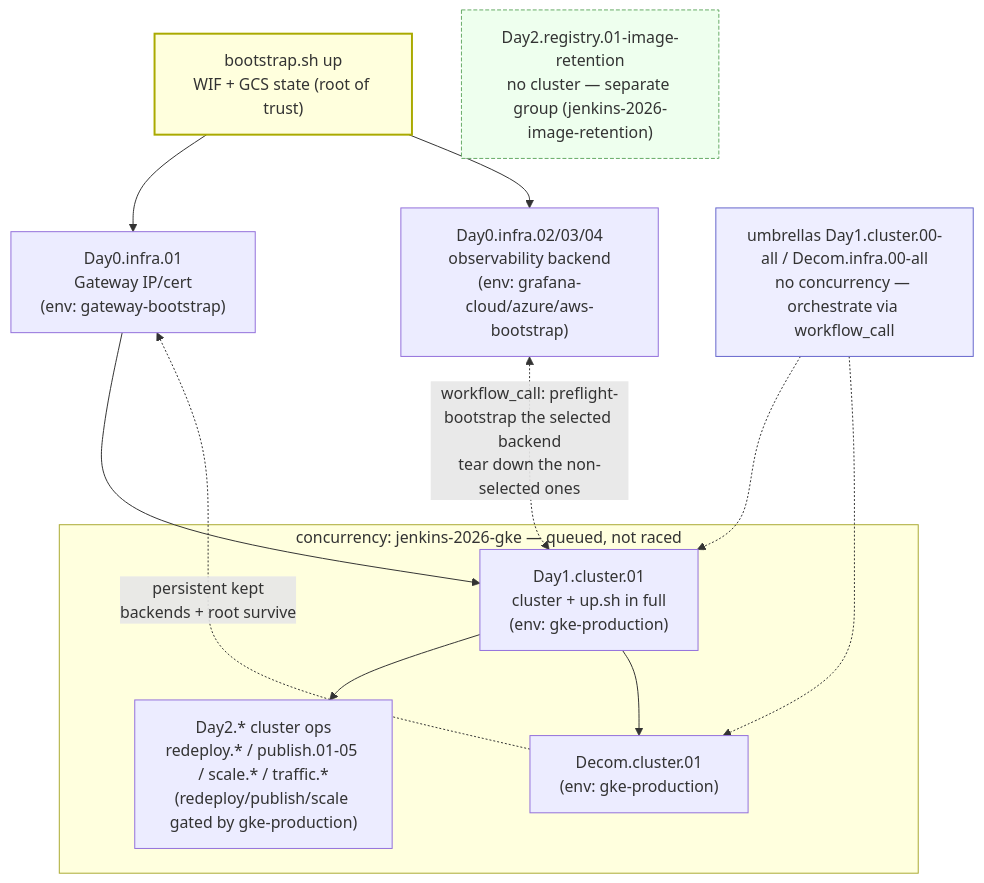
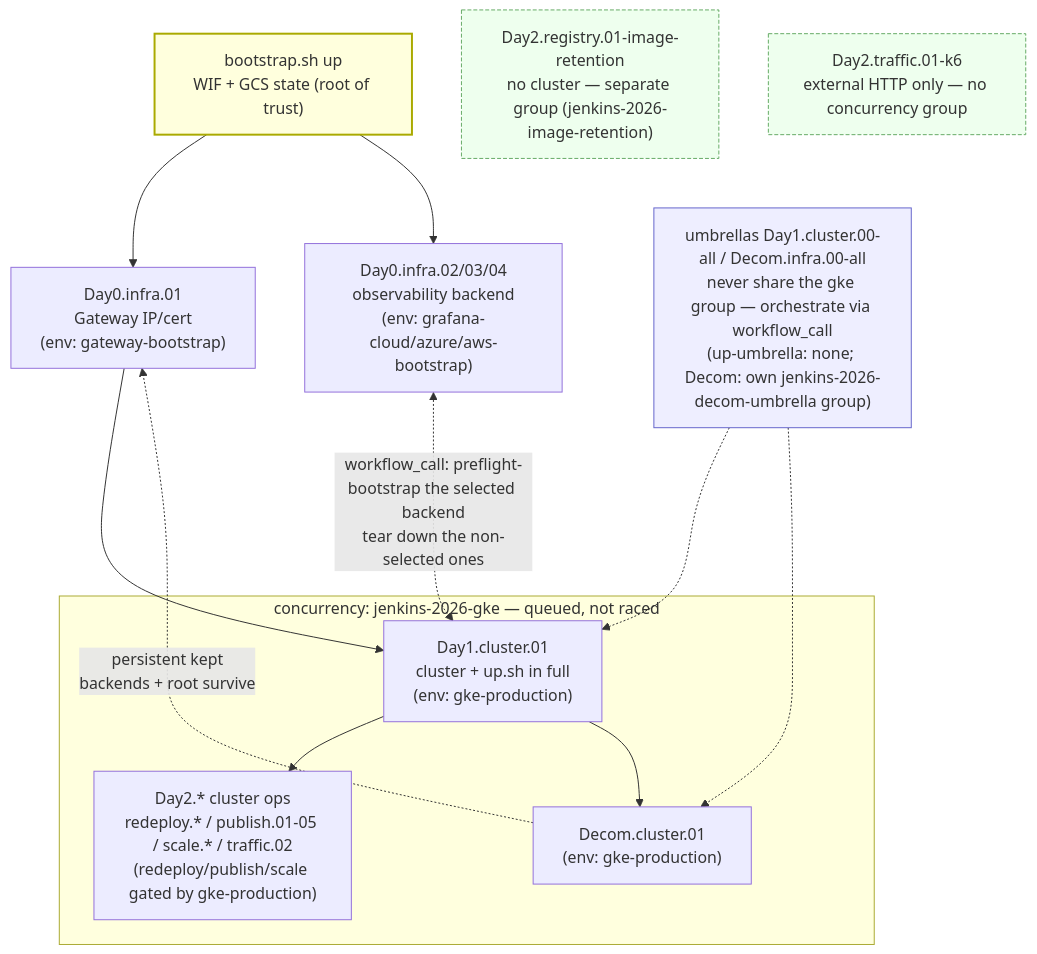
Before and after one commit to nubenetes/jenkins-2026: the sixth of 10 diagrams in docs/101-GITHUB_ACTIONS_WORKFLOWS.md, drawn with Mermaid. The commit also changed other lines of this file and 48 other files, not shown here.

````diff
--- a/docs/101-GITHUB_ACTIONS_WORKFLOWS.md
+++ b/docs/101-GITHUB_ACTIONS_WORKFLOWS.md
@@ -402,25 +402,26 @@
 ```mermaid
 flowchart TD
     boot["bootstrap.sh up<br/>WIF + GCS state (root of trust)"]:::root
     gw["Day0.infra.01<br/>Gateway IP/cert<br/>(env: gateway-bootstrap)"]
     bk["Day0.infra.02/03/04<br/>observability backend<br/>(env: grafana-cloud/azure/aws-bootstrap)"]
     boot --> gw
     boot --> bk
     gw --> day1
     bk <-.->|"workflow_call: preflight-bootstrap the selected backend<br/>tear down the non-selected ones"| day1
     subgraph cc["concurrency: jenkins-2026-gke — queued, not raced"]
         day1["Day1.cluster.01<br/>cluster + up.sh in full<br/>(env: gke-production)"]
-        d2["Day2.* cluster ops<br/>redeploy.* / publish.01-05 / scale.* / traffic.*<br/>(redeploy/publish/scale gated by gke-production)"]
+        d2["Day2.* cluster ops<br/>redeploy.* / publish.01-05 / scale.* / traffic.02<br/>(redeploy/publish/scale gated by gke-production)"]
         decom["Decom.cluster.01<br/>(env: gke-production)"]
     end
     day1 --> d2
     day1 --> decom
     decom -.->|persistent kept<br/>backends + root survive| gw
     nocc["Day2.registry.01-image-retention<br/>no cluster — separate group (jenkins-2026-image-retention)"]:::nocc
-    umb["umbrellas Day1.cluster.00-all / Decom.infra.00-all<br/>no concurrency — orchestrate via workflow_call"]:::umb
+    k6nocc["Day2.traffic.01-k6<br/>external HTTP only — no concurrency group"]:::nocc
+    umb["umbrellas Day1.cluster.00-all / Decom.infra.00-all<br/>never share the gke group — orchestrate via workflow_call<br/>(up-umbrella: none; Decom: own jenkins-2026-decom-umbrella group)"]:::umb
     umb -.-> day1
     umb -.-> decom
     classDef root fill:#ffd,stroke:#aa0,stroke-width:2px;
     classDef umb fill:#eef,stroke:#66c;
     classDef nocc fill:#efe,stroke:#6a6,stroke-dasharray:4 2;
 ```
````
